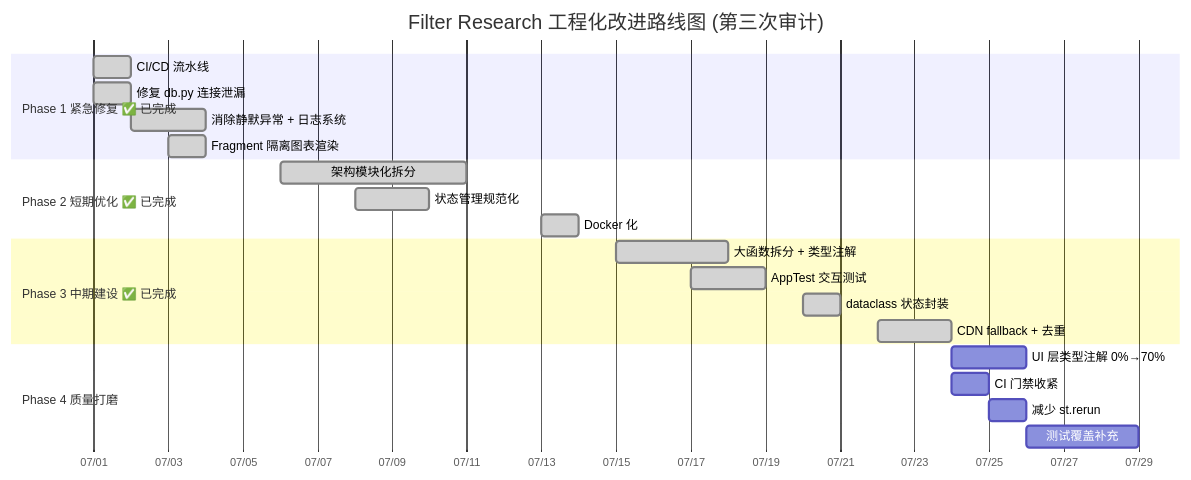
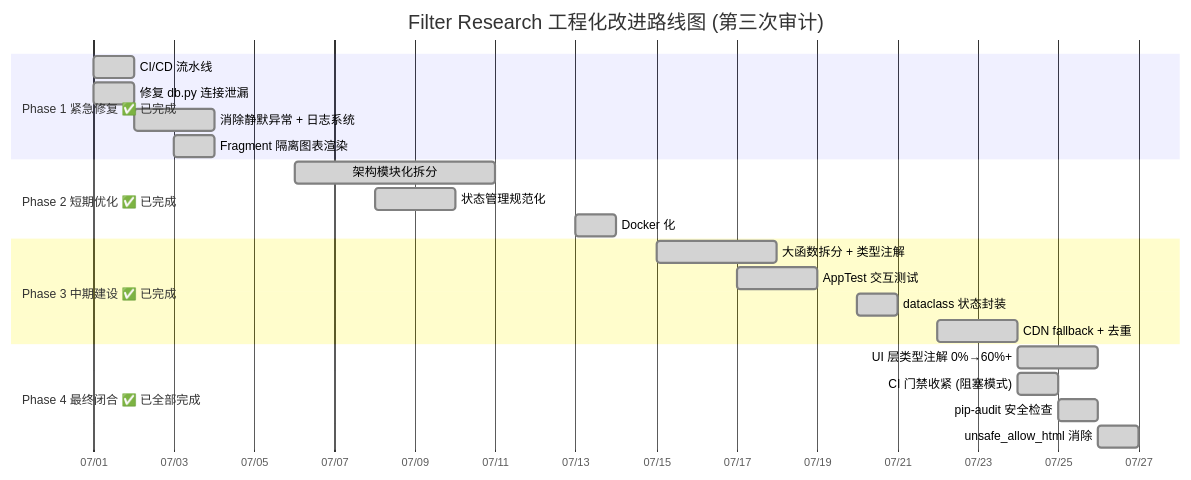
Before and after one commit to pxf0797/filter-algorithms-research: the third of 3 diagrams in docs/streamlit-engineering-analysis-report.md, drawn with Mermaid. The commit also changed other lines of this file and 5 other files, not shown here.

````diff
--- a/docs/streamlit-engineering-analysis-report.md
+++ b/docs/streamlit-engineering-analysis-report.md
@@ -424,29 +428,29 @@
 ```mermaid
 gantt
     title Filter Research 工程化改进路线图 (第三次审计)
     dateFormat  YYYY-MM-DD
     axisFormat  %m/%d
 
     section Phase 1 紧急修复 ✅ 已完成
     CI/CD 流水线           :done, p1a, 2026-07-01, 1d
     修复 db.py 连接泄漏     :done, p1b, 2026-07-01, 1d
     消除静默异常 + 日志系统 :done, p1c, 2026-07-02, 2d
     Fragment 隔离图表渲染  :done, p1d, 2026-07-03, 1d
 
     section Phase 2 短期优化 ✅ 已完成
     架构模块化拆分          :done, p2a, 2026-07-06, 5d
     状态管理规范化          :done, p2c, 2026-07-08, 2d
     Docker 化              :done, p2e, 2026-07-13, 1d
 
     section Phase 3 中期建设 ✅ 已完成
     大函数拆分 + 类型注解   :done, p3a, 2026-07-15, 3d
     AppTest 交互测试        :done, p3b, 2026-07-17, 2d
     dataclass 状态封装      :done, p3c, 2026-07-20, 1d
     CDN fallback + 去重     :done, p3d, 2026-07-22, 2d
 
-    section Phase 4 质量打磨
-    UI 层类型注解 0%→70%   :p4a, after p3d, 2d
-    CI 门禁收紧            :p4b, after p3d, 1d
-    减少 st.rerun          :p4c, after p4b, 1d
-    测试覆盖补充           :p4d, after p4c, 3d
+    section Phase 4 最终闭合 ✅ 已全部完成
+    UI 层类型注解 0%→60%+  :done, p4a, after p3d, 2d
+    CI 门禁收紧 (阻塞模式) :done, p4b, after p3d, 1d
+    pip-audit 安全检查     :done, p4c, after p4b, 0.5d
+    unsafe_allow_html 消除 :done, p4d, after p4c, 0.5d
 ```
````
